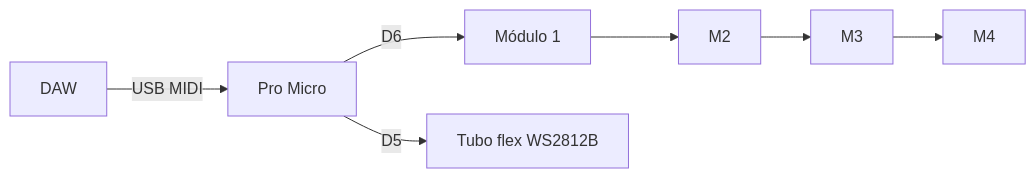
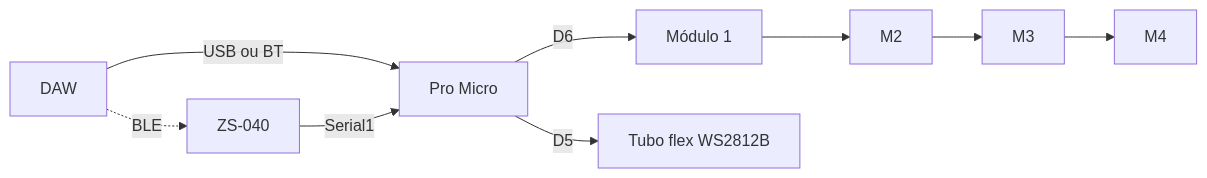
The diagram in docs/01-ARQUITETURA-MODULAR.md (andreysenes/light), drawn with Mermaid before and after one commit. The commit also changed 5 other files, not shown here.

````diff
--- a/docs/01-ARQUITETURA-MODULAR.md
+++ b/docs/01-ARQUITETURA-MODULAR.md
@@ -17,7 +17,9 @@
 ```mermaid
 flowchart LR
-    DAW[DAW] -->|USB MIDI| PM[Pro Micro]
+    DAW[DAW] -->|USB ou BT| PM[Pro Micro]
+    DAW -.->|BLE| ZS[ZS-040]
+    ZS -->|Serial1| PM
     PM -->|D6| M1[Módulo 1]
     M1 --> M2 --> M3 --> M4
     PM -->|D5| TUB[Tubo flex WS2812B]
 ```
````
